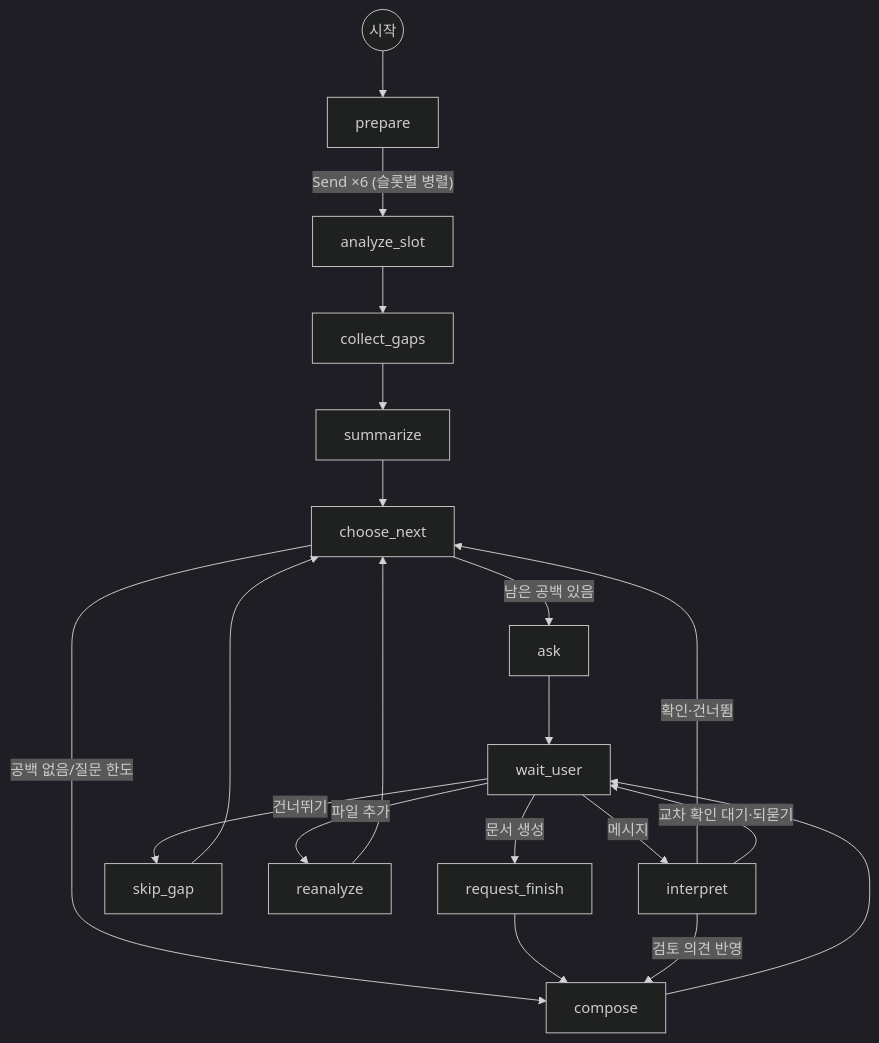
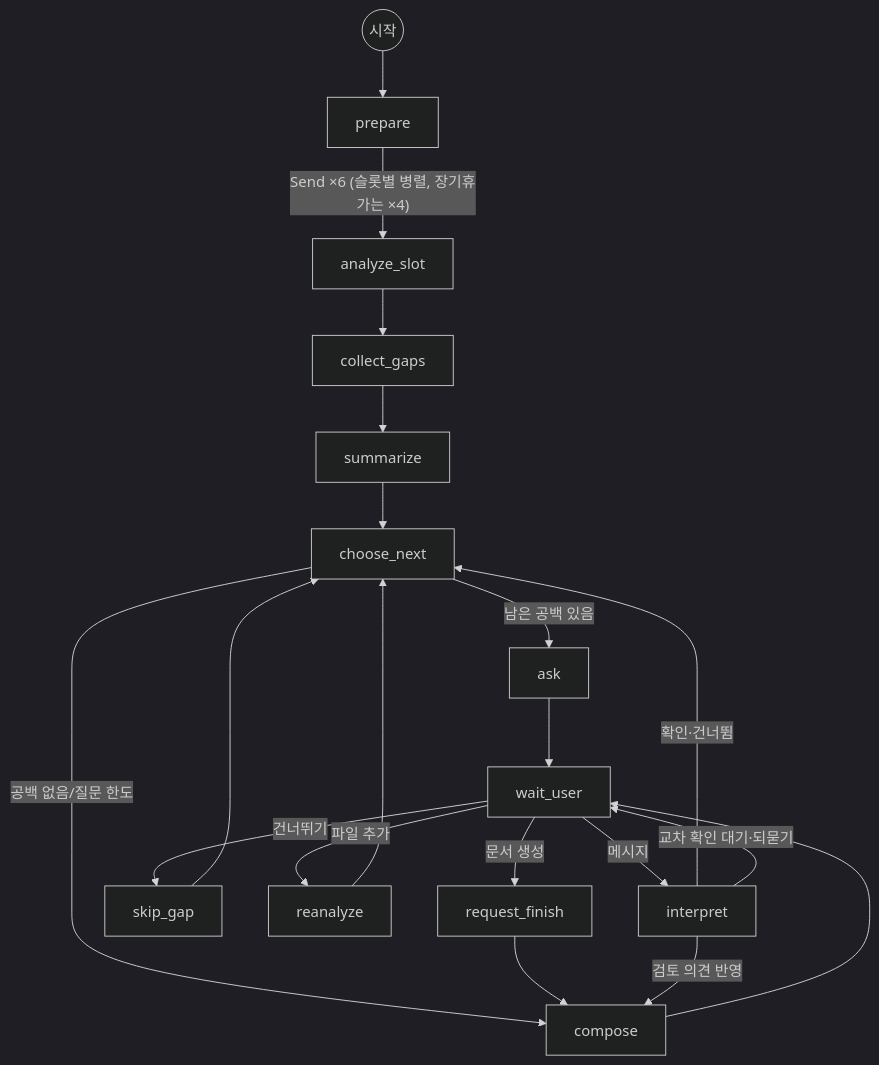
One commit to AMIGO-KFTC/AI changed the second of 2 diagrams in README.md. Above: the diagram before and after it, drawn with Mermaid (dark theme). The commit also changed other lines of this file and 10 other files, not shown here.

````diff
--- a/README.md
+++ b/README.md
@@ -420,17 +420,17 @@
 ```mermaid
 graph TD
   START((시작)) --> prepare
-  prepare -- "Send ×6 (슬롯별 병렬)" --> analyze_slot
+  prepare -- "Send ×6 (슬롯별 병렬, 장기휴가는 ×4)" --> analyze_slot
   analyze_slot --> collect_gaps --> summarize --> choose_next
   choose_next -- 남은 공백 있음 --> ask --> wait_user
   choose_next -- 공백 없음/질문 한도 --> compose
   wait_user -- 메시지 --> interpret
   wait_user -- 건너뛰기 --> skip_gap --> choose_next
   wait_user -- 파일 추가 --> reanalyze
   wait_user -- 문서 생성 --> request_finish --> compose
   interpret -- 확인·건너뜀 --> choose_next
   interpret -- 교차 확인 대기·되묻기 --> wait_user
   interpret -- 검토 의견 반영 --> compose
   reanalyze --> choose_next
   compose --> wait_user
 ```
````
